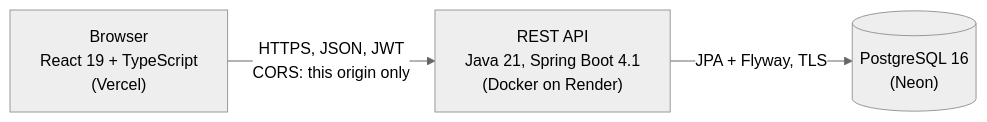
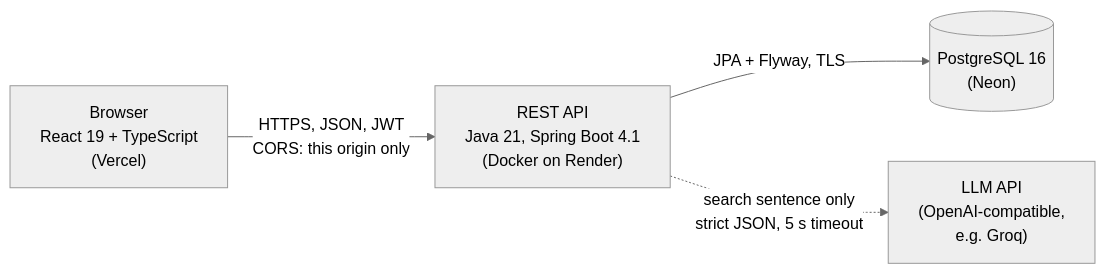
The diagram in README.md (lamkhai0604/finding-house), drawn with Mermaid (neutral theme) before and after one commit. The commit also changed other lines of this file and 11 other files, not shown here.

````diff
--- a/README.md
+++ b/README.md
@@ -36,5 +46,6 @@
 ```mermaid
 flowchart LR
   B["Browser<br/>React 19 + TypeScript<br/>(Vercel)"] -- "HTTPS, JSON, JWT<br/>CORS: this origin only" --> A["REST API<br/>Java 21, Spring Boot 4.1<br/>(Docker on Render)"]
   A -- "JPA + Flyway, TLS" --> D[("PostgreSQL 16<br/>(Neon)")]
+  A -. "search sentence only<br/>strict JSON, 5 s timeout" .-> L["LLM API<br/>(OpenAI-compatible,<br/>e.g. Groq)"]
 ```
````
